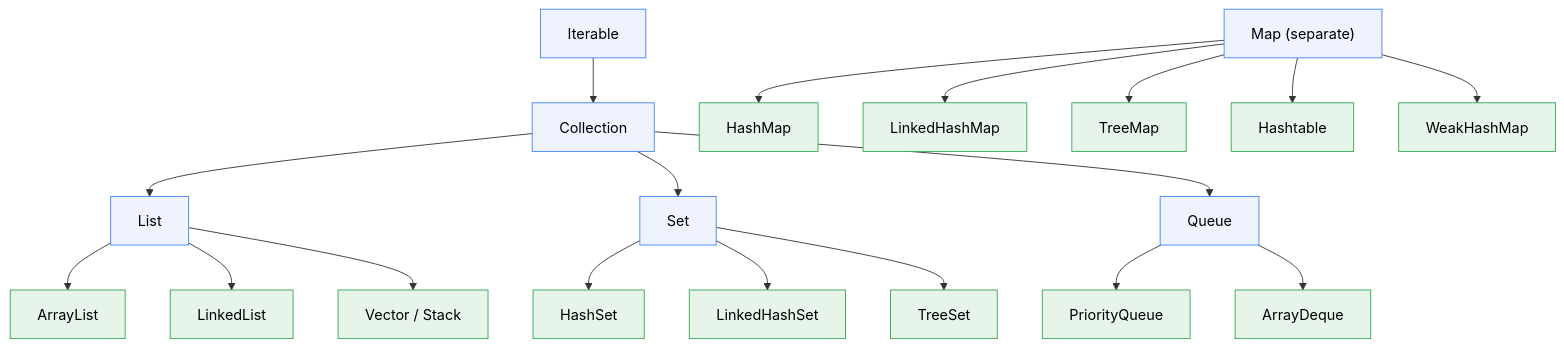
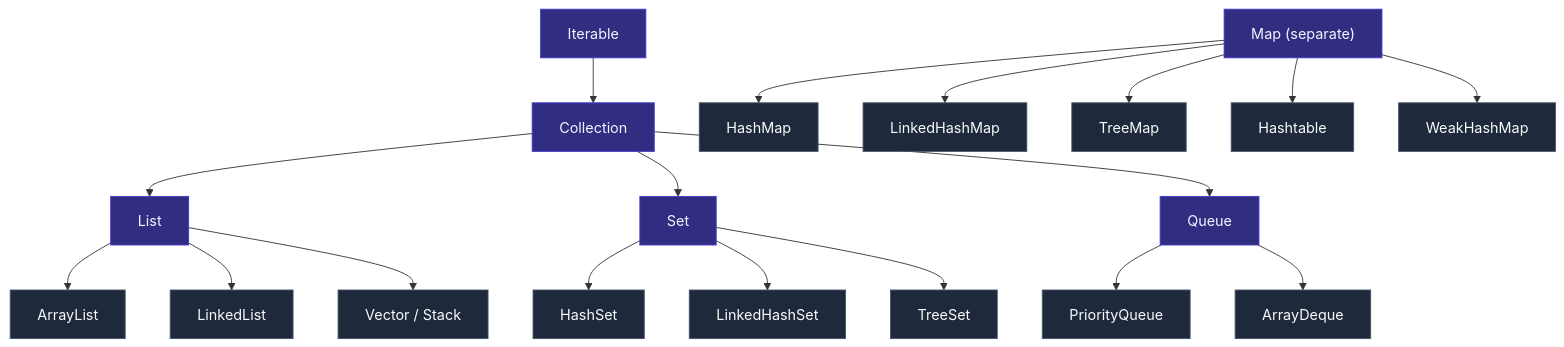
One commit to SaiTeja301/My_Interview_Preparation changed the eighth of 12 diagrams in Java_jdbc_hibernate_SpringBoot/analysis/Java_Analysis.md. Above: the diagram before and after it, drawn with Mermaid. The commit also changed other lines of this file, not shown here.

Commit message:
style(mermaid): enhance all diagrams for light and dark mode compatibility

````diff
--- a/Java_jdbc_hibernate_SpringBoot/analysis/Java_Analysis.md
+++ b/Java_jdbc_hibernate_SpringBoot/analysis/Java_Analysis.md
@@ -921,29 +953,29 @@
 ```mermaid
 graph TD
     Iterable["Iterable"] --> Collection["Collection"]
     Collection --> List["List"]
     Collection --> Set["Set"]
     Collection --> Queue["Queue"]
 
     List --> ArrayList["ArrayList"]
     List --> LinkedList["LinkedList"]
     List --> Vector["Vector / Stack"]
 
     Set --> HashSet["HashSet"]
     Set --> LinkedHashSet["LinkedHashSet"]
     Set --> TreeSet["TreeSet"]
 
     Queue --> PriorityQueue["PriorityQueue"]
     Queue --> ArrayDeque["ArrayDeque"]
 
     Map["Map (separate)"] --> HashMap["HashMap"]
     Map --> LinkedHashMap["LinkedHashMap"]
     Map --> TreeMap["TreeMap"]
     Map --> Hashtable["Hashtable"]
     Map --> WeakHashMap["WeakHashMap"]
 
-    classDef iface fill:#eef3fe,stroke:#4285f4,color:#000
-    classDef impl fill:#e6f4ea,stroke:#34a853,color:#000
+    classDef iface fill:#312E81,stroke:#4338CA,color:#F5F3FF,stroke-width:1px;
+    classDef impl fill:#1E293B,stroke:#475569,color:#F8FAFC,stroke-width:1px;
     class Iterable,Collection,List,Set,Queue,Map iface
     class ArrayList,LinkedList,Vector,HashSet,LinkedHashSet,TreeSet,PriorityQueue,ArrayDeque,HashMap,LinkedHashMap,TreeMap,Hashtable,WeakHashMap impl
 ```
````
